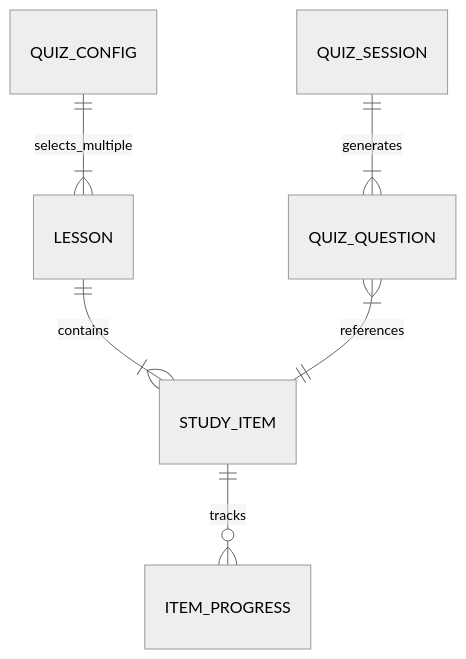
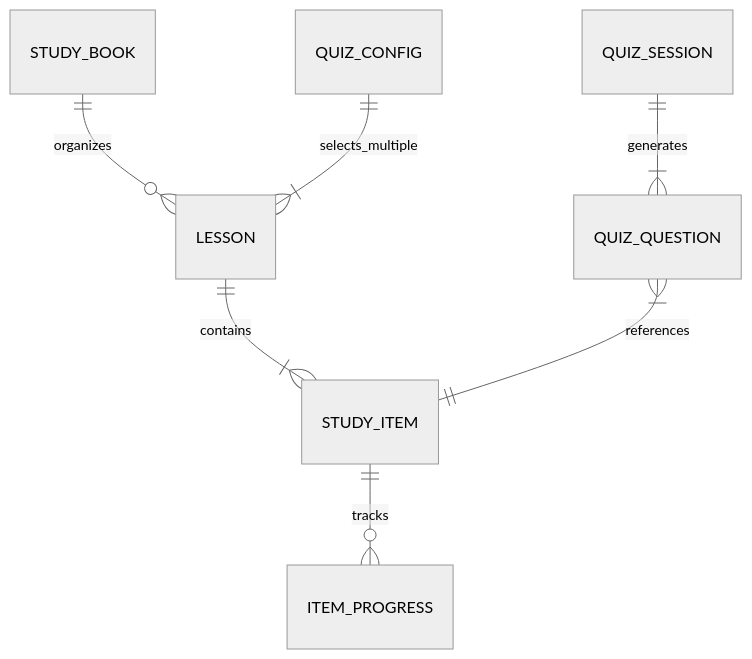
Before and after one commit to SCuong/Tango: the diagram in docs/DATA_MODEL.md, drawn with Mermaid (neutral theme). The commit also changed other lines of this file and 7 other files, not shown here.

````diff
--- a/docs/DATA_MODEL.md
+++ b/docs/DATA_MODEL.md
@@ -11,8 +11,9 @@
 ```mermaid
 erDiagram
+    STUDY_BOOK ||--o{ LESSON : organizes
     LESSON ||--|{ STUDY_ITEM : contains
     STUDY_ITEM ||--o{ ITEM_PROGRESS : tracks
     QUIZ_CONFIG ||--|{ LESSON : selects_multiple
     QUIZ_SESSION ||--|{ QUIZ_QUESTION : generates
     QUIZ_QUESTION }|--|| STUDY_ITEM : references
 ```
````
